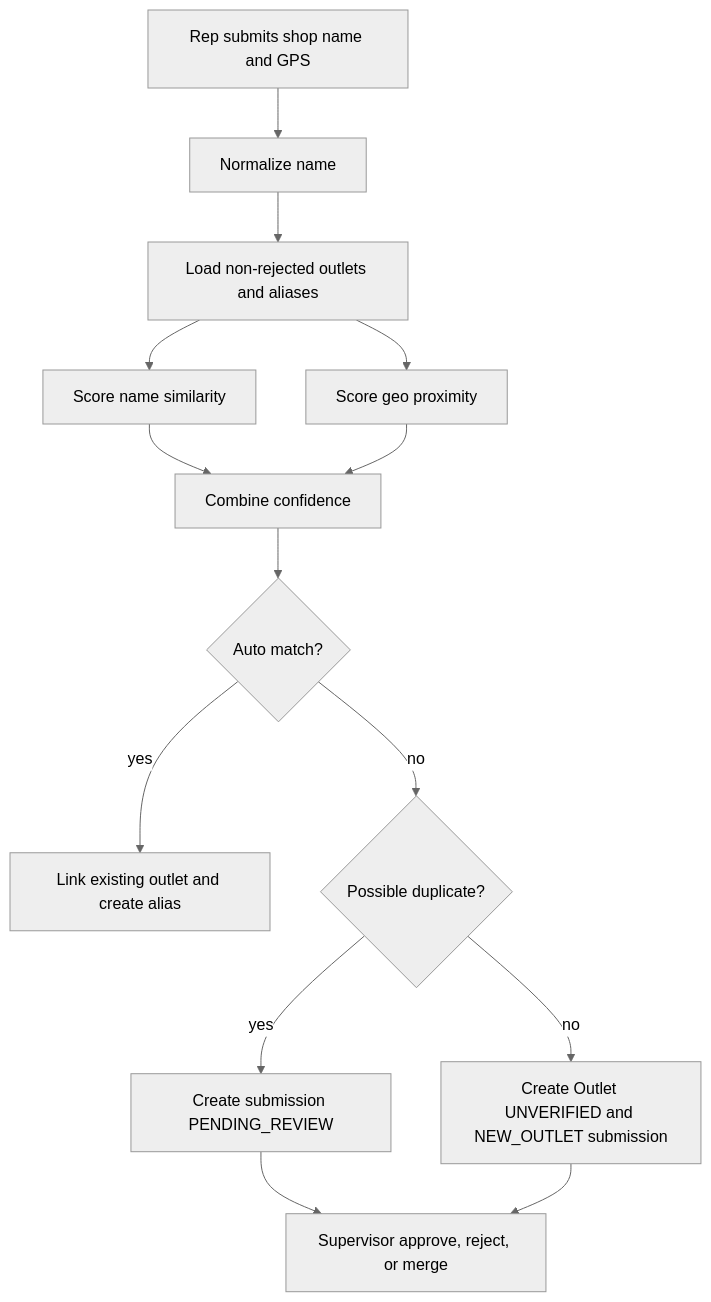
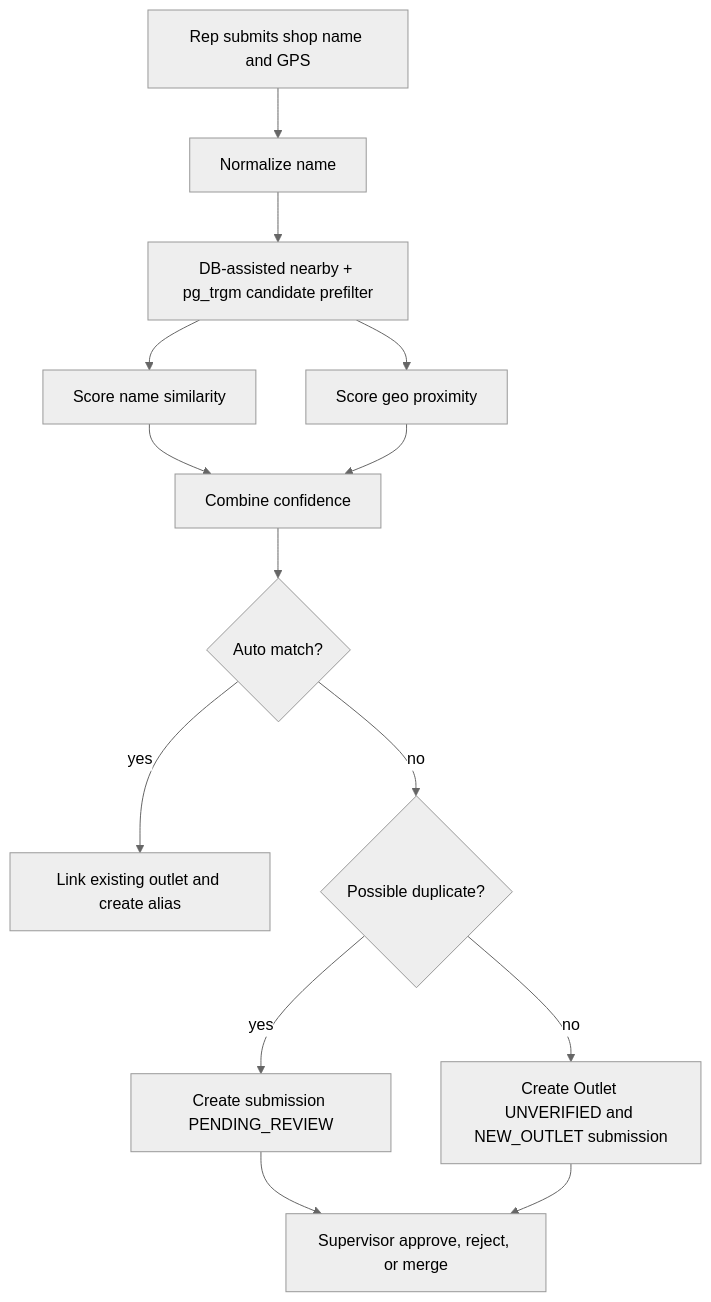
One commit to NFRohan/RetailOS-Lite changed the first of 2 diagrams in docs/systems/outlet-master-data.md. Above: the diagram before and after it, drawn with Mermaid (neutral theme). The commit also changed other lines of this file and 8 other files, not shown here.

````diff
--- a/docs/systems/outlet-master-data.md
+++ b/docs/systems/outlet-master-data.md
@@ -49,23 +49,23 @@
 ```mermaid
 flowchart TD
   A[Rep submits shop name and GPS]
   B[Normalize name]
-  C[Load non-rejected outlets and aliases]
+  C[DB-assisted nearby + pg_trgm candidate prefilter]
   D[Score name similarity]
   E[Score geo proximity]
   F[Combine confidence]
   G{Auto match?}
   H[Link existing outlet and create alias]
   I{Possible duplicate?}
   J[Create submission PENDING_REVIEW]
   K[Create Outlet UNVERIFIED and NEW_OUTLET submission]
   L[Supervisor approve, reject, or merge]
 
   A --> B --> C --> D --> F
   C --> E --> F
   F --> G
   G -- yes --> H
   G -- no --> I
   I -- yes --> J --> L
   I -- no --> K --> L
 ```
````
